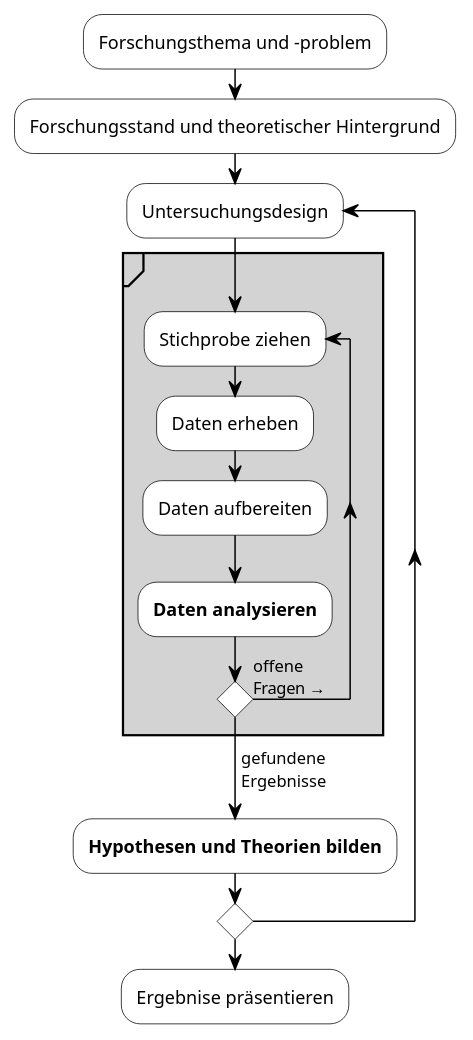
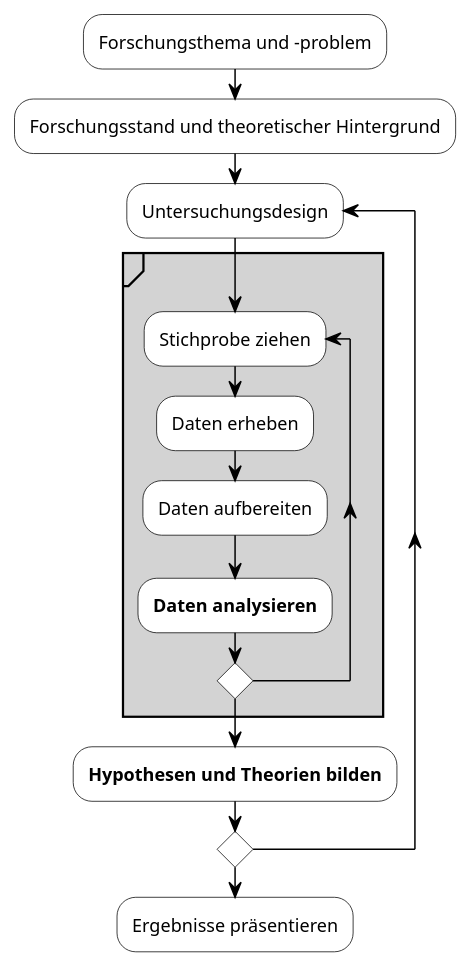
The diagram in assets/puml/qualitative_studie.puml (blekdushi/psy), drawn with PlantUML before and after one commit. The commit also changed 7 other files, not shown here.

```diff
--- a/assets/puml/qualitative_studie.puml
+++ b/assets/puml/qualitative_studie.puml
@@ -1,27 +1,26 @@
 @startuml
 skinparam activity {
     backgroundcolor white
     bordercolor black
     diamondbackgroundcolor white
     diamondbordercolor black
 }
 skinparam arrowcolor black
 skinparam partitionbackgroundcolor lightgrey
 
 
 :Forschungsthema und -problem;
 :Forschungsstand und theoretischer Hintergrund;
 repeat :Untersuchungsdesign;
 
 partition "" {
     repeat :Stichprobe ziehen;
     :Daten erheben;
     :Daten aufbereiten;
     :**Daten analysieren**;
-    repeat while () is (offene\nFragen →)
+    repeat while ()
 }
-->gefundene\nErgebnisse;
 :**Hypothesen und Theorien bilden**;
 repeat while ()
-:Ergebnise präsentieren;
+:Ergebnisse präsentieren;
 @enduml
```
